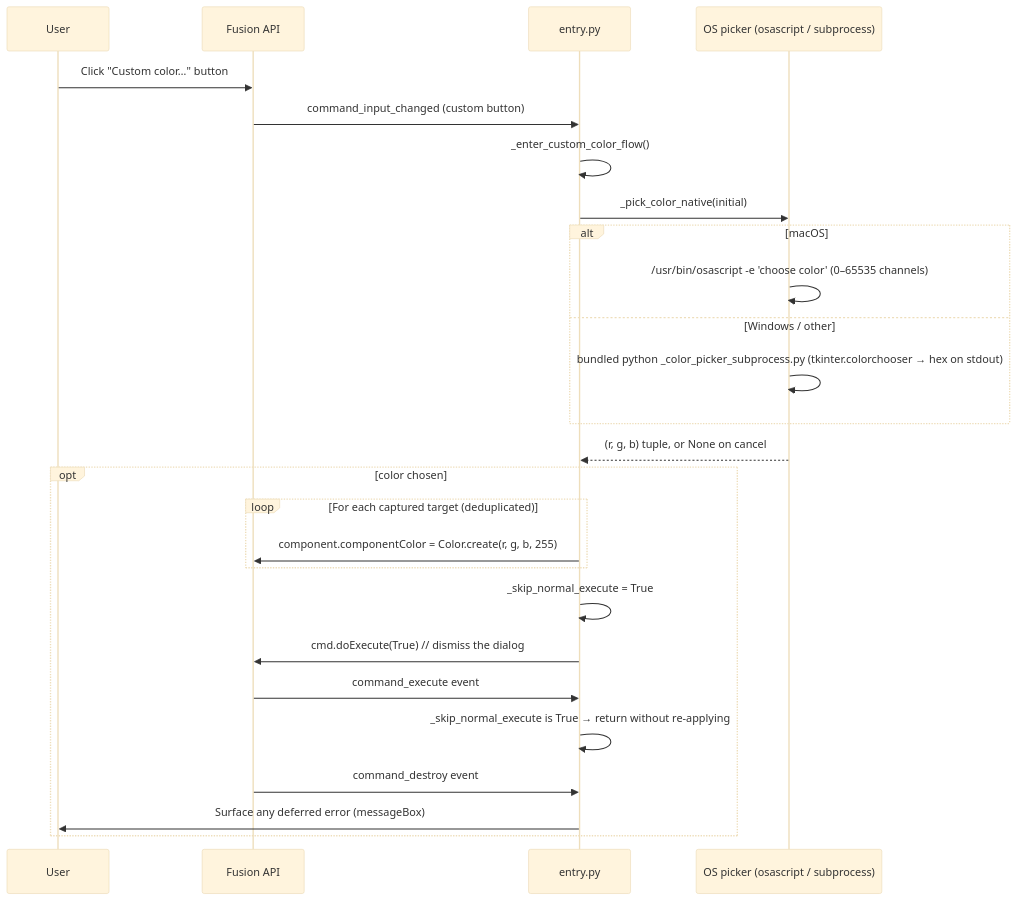
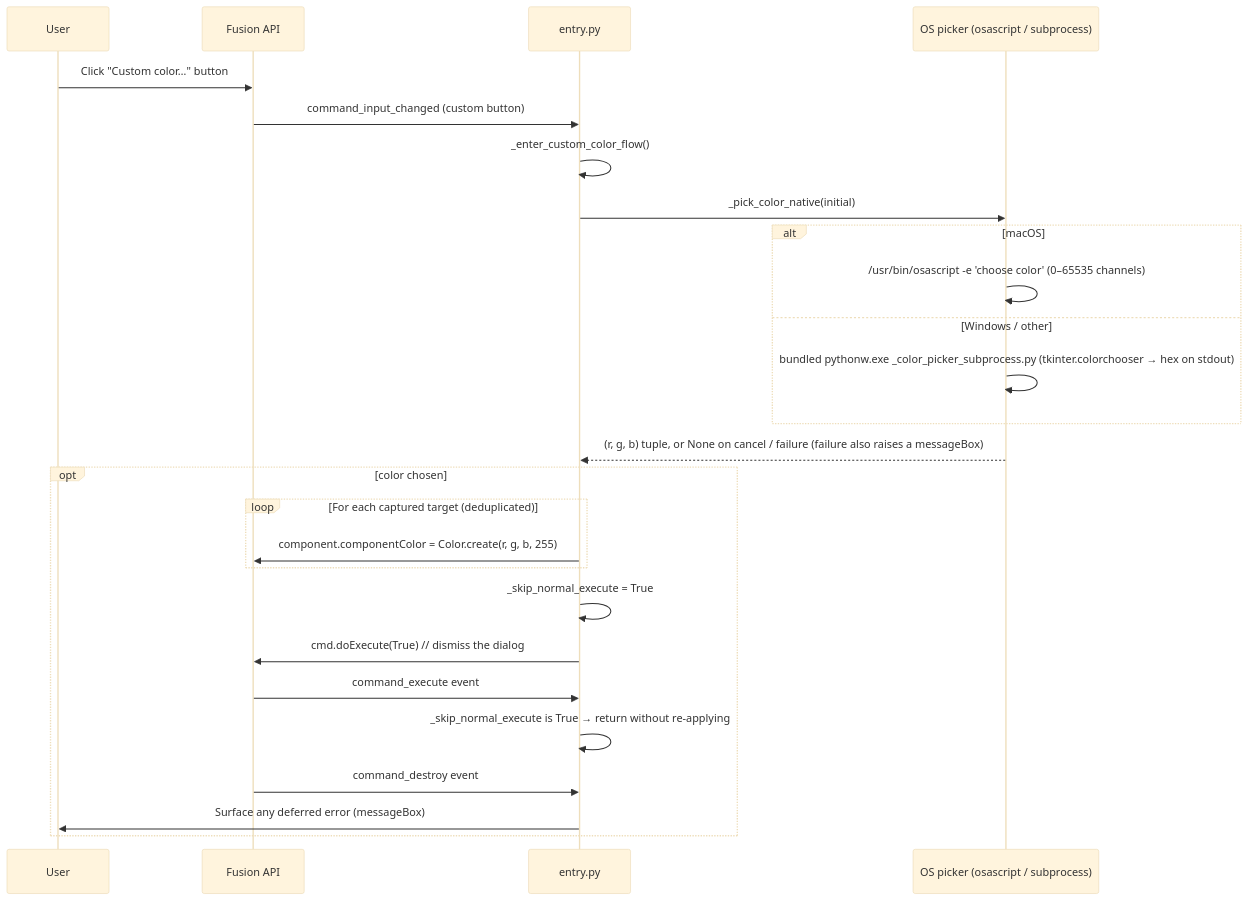
One commit to schneik80/PowerTools changed the fifth of 5 diagrams in docs/arch/Change Cycle Color.md. Above: the diagram before and after it, drawn with Mermaid (base theme). The commit also changed other lines of this file and 2 other files, not shown here.

````diff
--- a/docs/arch/Change Cycle Color.md
+++ b/docs/arch/Change Cycle Color.md
@@ -121,31 +121,31 @@
 ```mermaid
 sequenceDiagram
     participant User
     participant Fusion as Fusion API
     participant Entry as entry.py
     participant Picker as OS picker (osascript / subprocess)
 
     User->>Fusion: Click "Custom color…" button
     Fusion->>Entry: command_input_changed (custom button)
     Entry->>Entry: _enter_custom_color_flow()
     Entry->>Picker: _pick_color_native(initial)
 
     alt macOS
         Picker->>Picker: /usr/bin/osascript -e 'choose color' (0–65535 channels)
     else Windows / other
-        Picker->>Picker: bundled python _color_picker_subprocess.py (tkinter.colorchooser → hex on stdout)
+        Picker->>Picker: bundled pythonw.exe _color_picker_subprocess.py (tkinter.colorchooser → hex on stdout)
     end
-    Picker-->>Entry: (r, g, b) tuple, or None on cancel
+    Picker-->>Entry: (r, g, b) tuple, or None on cancel / failure (failure also raises a messageBox)
 
     opt color chosen
         loop For each captured target (deduplicated)
             Entry->>Fusion: component.componentColor = Color.create(r, g, b, 255)
         end
         Entry->>Entry: _skip_normal_execute = True
         Entry->>Fusion: cmd.doExecute(True)  // dismiss the dialog
         Fusion->>Entry: command_execute event
         Entry->>Entry: _skip_normal_execute is True → return without re-applying
         Fusion->>Entry: command_destroy event
         Entry->>User: Surface any deferred error (messageBox)
     end
 ```
````
